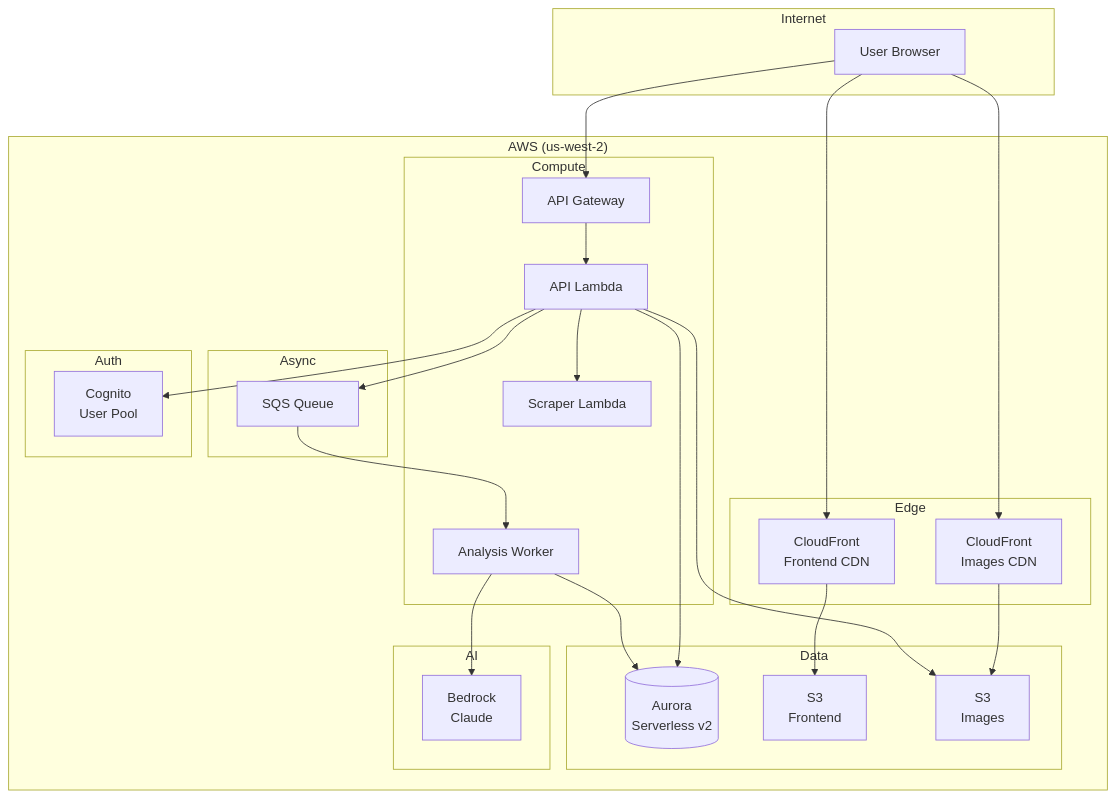
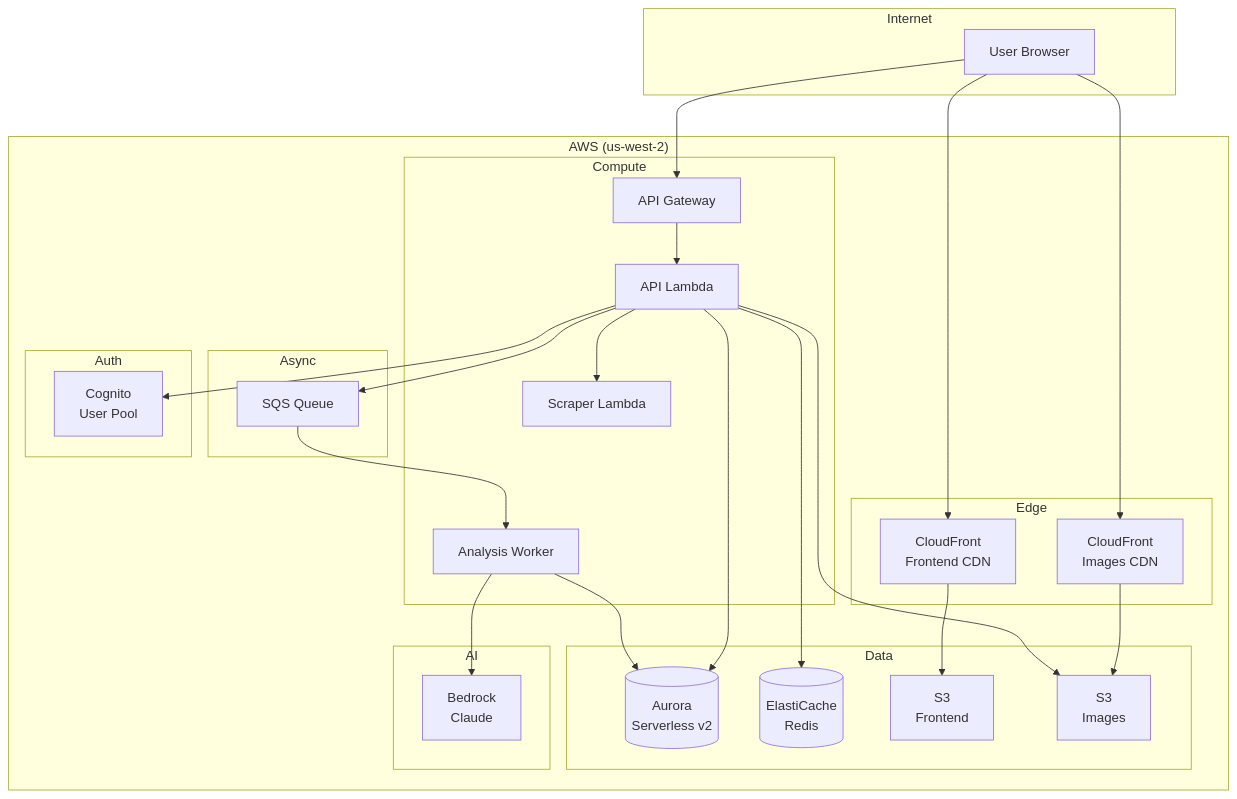
One commit to markthebest12/bluemoxon changed the first of 4 diagrams in docs/INFRASTRUCTURE.md. Above: the diagram before and after it, drawn with Mermaid. The commit also changed other lines of this file and 7 other files, not shown here.

First line of the commit message:
docs: Update documentation for ElastiCache, auth, and recent features

````diff
--- a/docs/INFRASTRUCTURE.md
+++ b/docs/INFRASTRUCTURE.md
@@ -16,49 +16,51 @@
 ```mermaid
 flowchart TB
     subgraph Internet
         User[User Browser]
     end
 
     subgraph AWS["AWS (us-west-2)"]
         subgraph Edge
             CF1[CloudFront<br/>Frontend CDN]
             CF2[CloudFront<br/>Images CDN]
         end
 
         subgraph Compute
             APIGW[API Gateway]
             Lambda[API Lambda]
             Worker[Analysis Worker]
             Scraper[Scraper Lambda]
         end
 
         subgraph Async
             SQS[SQS Queue]
         end
 
         subgraph Data
             Aurora[(Aurora<br/>Serverless v2)]
+            Redis[(ElastiCache<br/>Redis)]
             S3F[S3<br/>Frontend]
             S3I[S3<br/>Images]
         end
 
         subgraph Auth
             Cognito[Cognito<br/>User Pool]
         end
 
         subgraph AI
             Bedrock[Bedrock<br/>Claude]
         end
     end
 
     User --> CF1 --> S3F
     User --> CF2 --> S3I
     User --> APIGW --> Lambda
     Lambda --> Aurora
+    Lambda --> Redis
     Lambda --> S3I
     Lambda --> Cognito
     Lambda --> SQS --> Worker
     Worker --> Aurora
     Worker --> Bedrock
     Lambda --> Scraper
 ```
````
